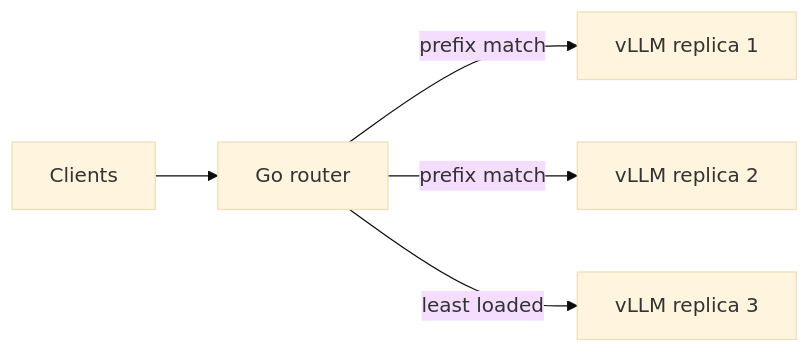
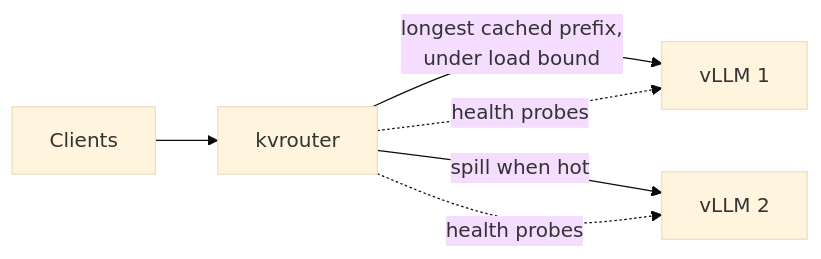
One commit to sparkling-snail/sparkling-snail.github.io changed the diagram in content/projects/kv-cache-aware-router.md. Above: the diagram before and after it, drawn with Mermaid (base theme). The commit also changed other lines of this file and 1 other file, not shown here.

First line of the commit message:
Rewrite kvrouter project page from kvrouter repo

````diff
--- a/content/projects/kv-cache-aware-router.md
+++ b/content/projects/kv-cache-aware-router.md
@@ -16,7 +28,8 @@
 ```mermaid
 flowchart LR
-    C[Clients] --> R[Go router]
-    R -->|prefix match| V1[vLLM replica 1]
-    R -->|prefix match| V2[vLLM replica 2]
-    R -->|least loaded| V3[vLLM replica 3]
+    C[Clients] --> R[kvrouter]
+    R -->|longest cached prefix,<br/>under load bound| V1[vLLM 1]
+    R -->|spill when hot| V2[vLLM 2]
+    R -.->|health probes| V1
+    R -.->|health probes| V2
 ```
````
